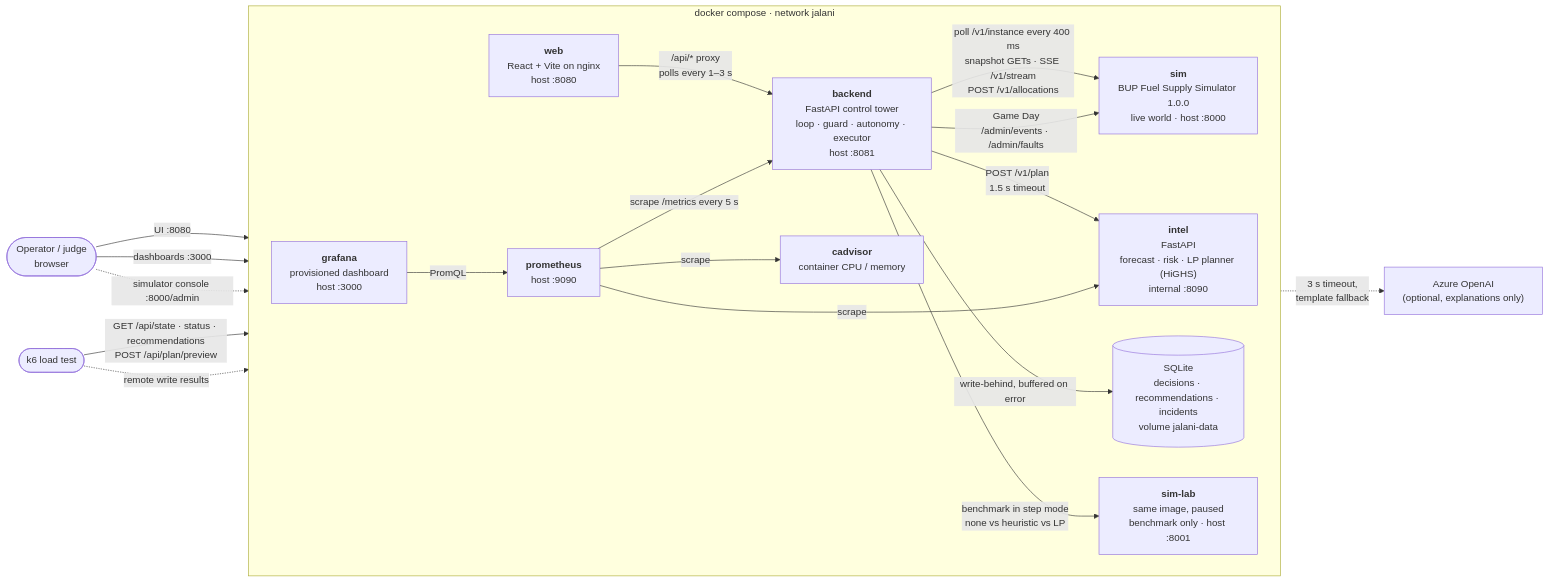
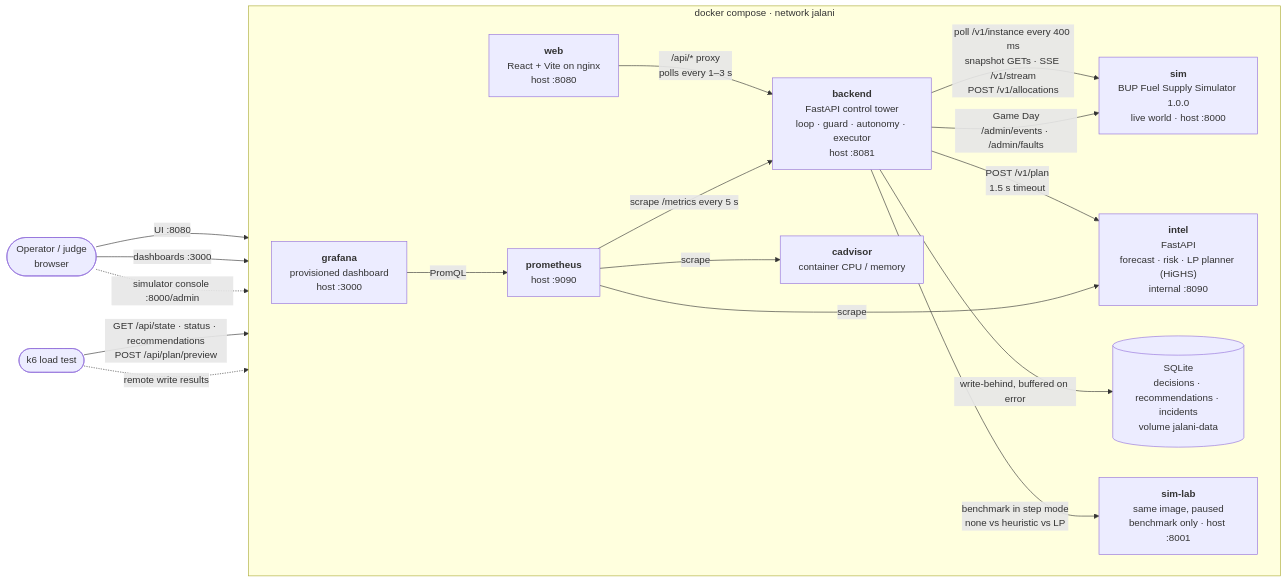
Before and after one commit to kawsher-hridoy/jalani-control-tower: the first of 5 diagrams in docs/architecture.md, drawn with Mermaid. The commit also changed other lines of this file and 3 other files, not shown here.

````diff
--- a/docs/architecture.md
+++ b/docs/architecture.md
@@ -13,38 +15,36 @@
 ```mermaid
 flowchart LR
   op(["Operator / judge<br/>browser"])
   k6(["k6 load test"])
-  gpt["Azure OpenAI<br/>(optional, explanations only)"]
 
   subgraph stack["docker compose · network jalani"]
     direction LR
     web["<b>web</b><br/>React + Vite on nginx<br/>host :8080"]
     backend["<b>backend</b><br/>FastAPI control tower<br/>loop · guard · autonomy · executor<br/>host :8081"]
     intel["<b>intel</b><br/>FastAPI<br/>forecast · risk · LP planner (HiGHS)<br/>internal :8090"]
     db[("SQLite<br/>decisions · recommendations · incidents<br/>volume jalani-data")]
     sim["<b>sim</b><br/>BUP Fuel Supply Simulator 1.0.0<br/>live world · host :8000"]
     lab["<b>sim-lab</b><br/>same image, paused<br/>benchmark only · host :8001"]
     prom["<b>prometheus</b><br/>host :9090"]
     graf["<b>grafana</b><br/>provisioned dashboard<br/>host :3000"]
     cad["<b>cadvisor</b><br/>container CPU / memory"]
   end
 
   op -->|"UI :8080"| web
   op -->|"dashboards :3000"| graf
   op -.->|"simulator console :8000/admin"| sim
 
   web -->|"/api/* proxy<br/>polls every 1–3 s"| backend
   backend -->|"poll /v1/instance every 400 ms<br/>snapshot GETs · SSE /v1/stream<br/>POST /v1/allocations"| sim
   backend -->|"Game Day<br/>/admin/events · /admin/faults"| sim
   backend -->|"POST /v1/plan<br/>1.5 s timeout"| intel
   backend -->|"write-behind, buffered on error"| db
-  backend -.->|"3 s timeout,<br/>template fallback"| gpt
   backend -->|"benchmark in step mode<br/>none vs heuristic vs LP"| lab
 
   prom -->|"scrape /metrics every 5 s"| backend
   prom -->|"scrape"| intel
   prom -->|"scrape"| cad
   graf -->|"PromQL"| prom
   k6 -->|"GET /api/state · status · recommendations<br/>POST /api/plan/preview"| backend
   k6 -.->|"remote write results"| prom
 ```
````
